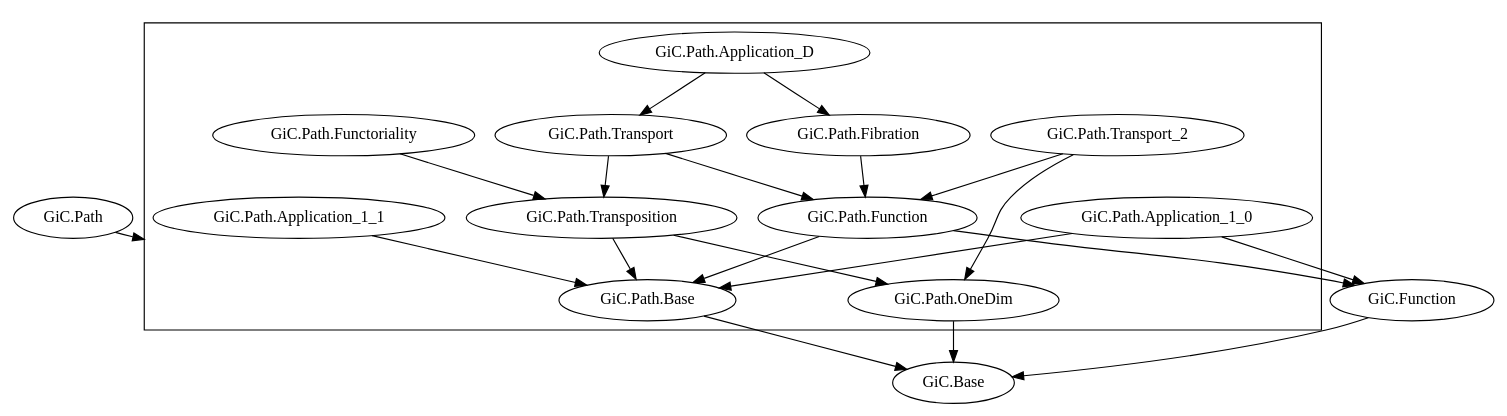
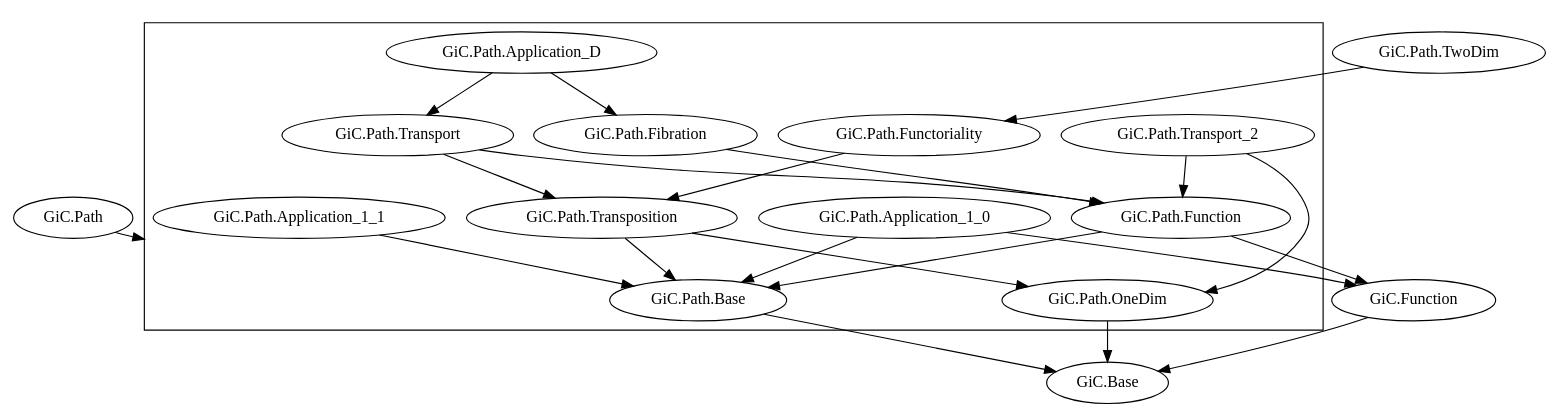
One commit to Hexirp/googology-in-coq changed the diagram in documents/libraries-tred.gv. Above: the diagram before and after it, drawn with Graphviz. The commit also changed 4 other files, not shown here.

First line of the commit message:
Update: GiC.Main を GiC.Path.TwoDim に rename する

```diff
--- a/documents/libraries-tred.gv
+++ b/documents/libraries-tred.gv
@@ -1,64 +1,67 @@
 digraph dependency_graph_tred {
   compound = true;
 
   # GiC.Base
 
   # GiC.Function
   "GiC.Function" -> "GiC.Base";
 
   # GiC.Path.Base
   "GiC.Path.Base" -> "GiC.Base";
 
   # GiC.Path.Function
   "GiC.Path.Function" -> "GiC.Function";
   "GiC.Path.Function" -> "GiC.Path.Base";
 
   # GiC.Path.OneDim
   "GiC.Path.OneDim" -> "GiC.Base";
 
   # GiC.Path.Transposition
   "GiC.Path.Transposition" -> "GiC.Path.Base";
   "GiC.Path.Transposition" -> "GiC.Path.OneDim";
 
   # GiC.Path.Functoriality
   "GiC.Path.Functoriality" -> "GiC.Path.Transposition";
+
+  # GiC.Path.TwoDim
+  "GiC.Path.TwoDim" -> "GiC.Path.Functoriality";
 
   # GiC.Path.Application_1_0
   "GiC.Path.Application_1_0" -> "GiC.Function";
   "GiC.Path.Application_1_0" -> "GiC.Path.Base";
 
   # GiC.Path.Application_1_1
   "GiC.Path.Application_1_1" -> "GiC.Path.Base";
 
   # GiC.Path.Transport
   "GiC.Path.Transport" -> "GiC.Path.Function";
   "GiC.Path.Transport" -> "GiC.Path.Transposition";
 
   # GiC.Path.Fibration
   "GiC.Path.Fibration" -> "GiC.Path.Function";
 
   # GiC.Path.Transport_2
   "GiC.Path.Transport_2" -> "GiC.Path.Function";
   "GiC.Path.Transport_2" -> "GiC.Path.OneDim";
 
   # GiC.Path.Application_D
   "GiC.Path.Application_D" -> "GiC.Path.Transport";
   "GiC.Path.Application_D" -> "GiC.Path.Fibration";
 
   # GiC.Path
   subgraph cluster_GiC_Path {
     "GiC.Path.Base";
     "GiC.Path.Function";
     "GiC.Path.OneDim";
     "GiC.Path.Transposition";
     "GiC.Path.Functoriality";
     "GiC.Path.Application_1_0";
     "GiC.Path.Application_1_1";
     "GiC.Path.Transport";
     "GiC.Path.Fibration";
     "GiC.Path.Transport_2";
     "GiC.Path.Application_D";
   }
 
   "GiC.Path" -> "GiC.Path.Base" [lhead = cluster_GiC_Path];
 }
```
